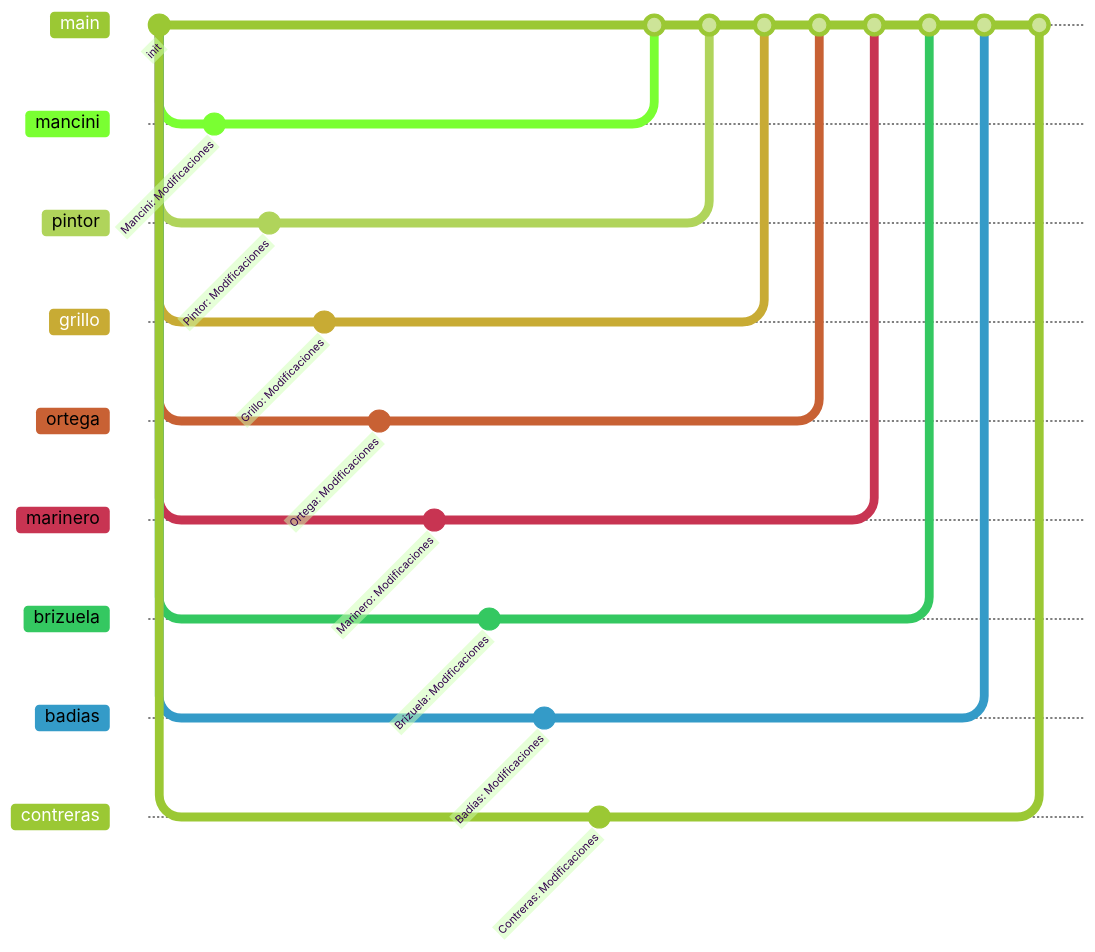
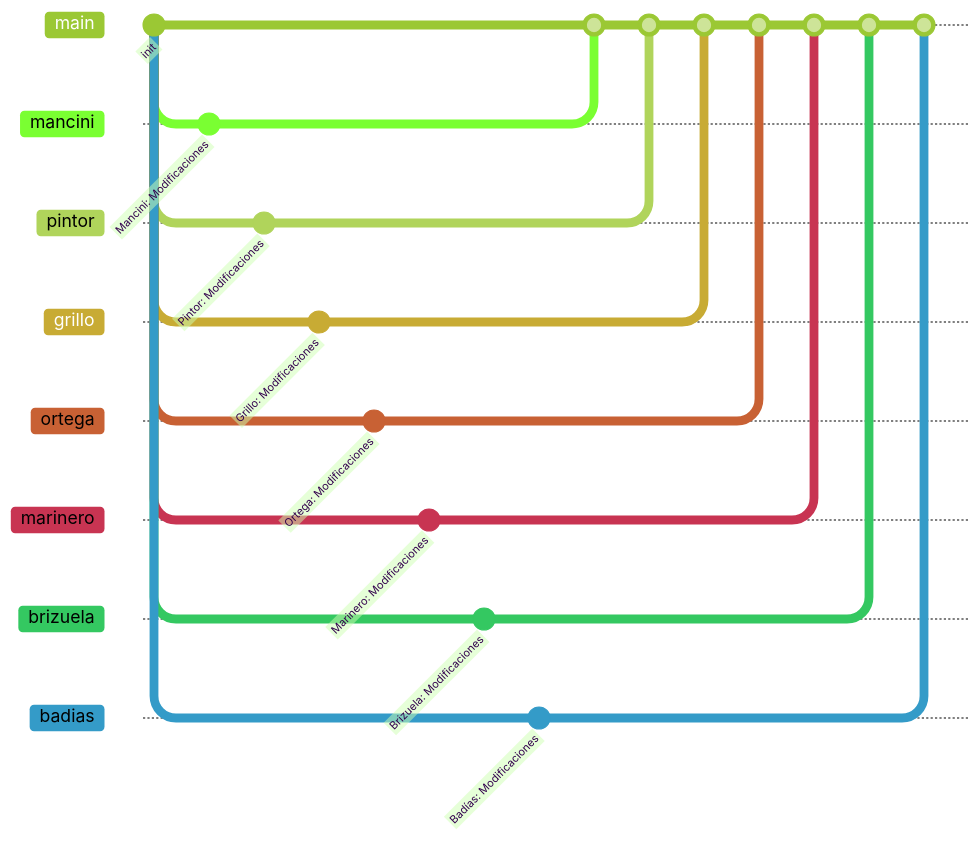
Before and after one commit to eormeno/dbacki_2024: the diagram in git-proyecto-teapp.md, drawn with Mermaid (forest theme). The commit also changed other lines of this file, not shown here.

````diff
--- a/git-proyecto-teapp.md
+++ b/git-proyecto-teapp.md
@@ -15,52 +15,46 @@
 ```mermaid
 gitGraph
     commit id: "init"
     branch mancini
     checkout mancini
     commit id: "Mancini: Modificaciones"
 
     checkout main
     branch pintor
     checkout pintor
     commit id: "Pintor: Modificaciones"
 
     checkout main
     branch grillo
     checkout grillo
     commit id: "Grillo: Modificaciones"
 
     checkout main
     branch ortega
     checkout ortega
     commit id: "Ortega: Modificaciones"
 
     checkout main
     branch marinero
     checkout marinero
     commit id: "Marinero: Modificaciones"
 
     checkout main
     branch brizuela
     checkout brizuela
     commit id: "Brizuela: Modificaciones"
 
     checkout main
     branch badias
     checkout badias
     commit id: "Badías: Modificaciones"
 
     checkout main
-    branch contreras
-    checkout contreras
-    commit id: "Contreras: Modificaciones"
-
-    checkout main
     merge mancini 
     merge pintor
     merge grillo
     merge ortega
     merge marinero
     merge brizuela
     merge badias
-    merge contreras
 ```
````
